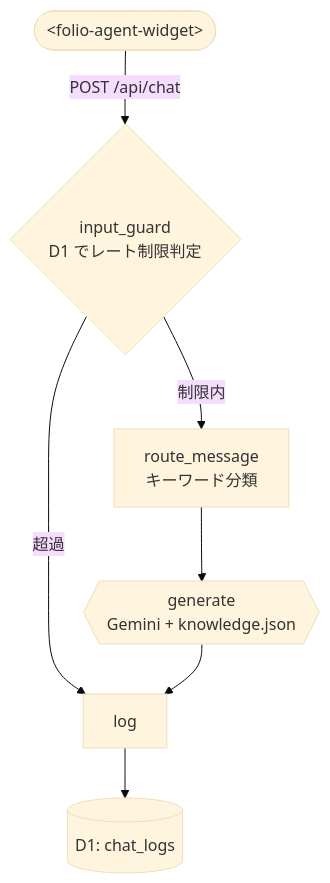
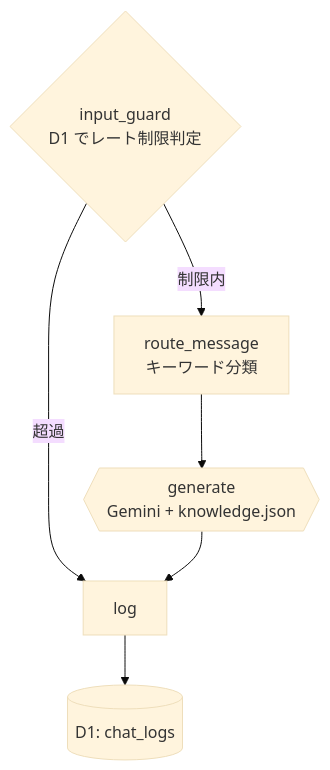
One commit to yktsnet/folio-agent changed the diagram in README.md. Above: the diagram before and after it, drawn with Mermaid (base theme). The commit also changed other lines of this file and 1 other file, not shown here.

Commit message:
docs(readme): shorten the runtime diagram
エントリのウィジェットノードは HTML エンティティが空欄に描画されるうえ
段を1つ増やしていたため、図から外して本文で説明する。

````diff
--- a/README.md
+++ b/README.md
@@ -53,9 +53,9 @@
 ```mermaid
 flowchart TD
-    Widget(["&lt;folio-agent-widget&gt;"]) -->|"POST /api/chat"| Guard{"input_guard<br/>D1 でレート制限判定"}
+    Guard{"input_guard<br/>D1 でレート制限判定"}
     Guard -->|"制限内"| Route["route_message<br/>キーワード分類"]
     Guard -->|"超過"| Log["log"]
     Route --> Generate{{"generate<br/>Gemini + knowledge.json"}}
     Generate --> Log
     Log --> D1[("D1: chat_logs")]
 ```
````
